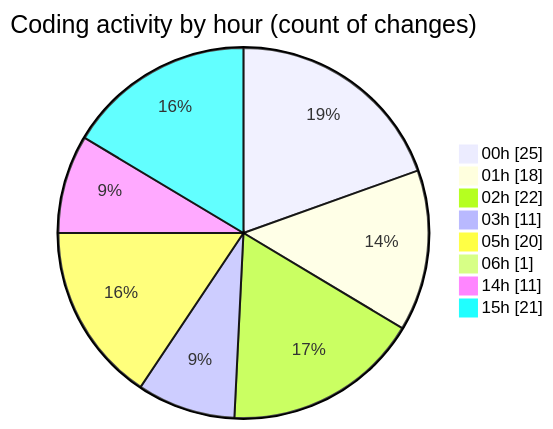
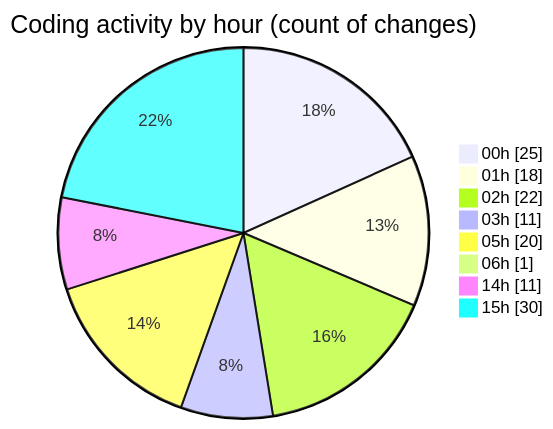
Before and after one commit to EIIisD/code-tracking: the second of 2 diagrams in 2025-07-18/ribbon/README.md, drawn with Mermaid. The commit also changed other lines of this file and 1 other file, not shown here.

````diff
--- a/2025-07-18/ribbon/README.md
+++ b/2025-07-18/ribbon/README.md
@@ -42,12 +49,12 @@
 ```mermaid
 pie showData
 title Coding activity by hour (count of changes)
 "00h" : 25
 "01h" : 18
 "02h" : 22
 "03h" : 11
 "05h" : 20
 "06h" : 1
 "14h" : 11
-"15h" : 21
+"15h" : 30
 ```
````
